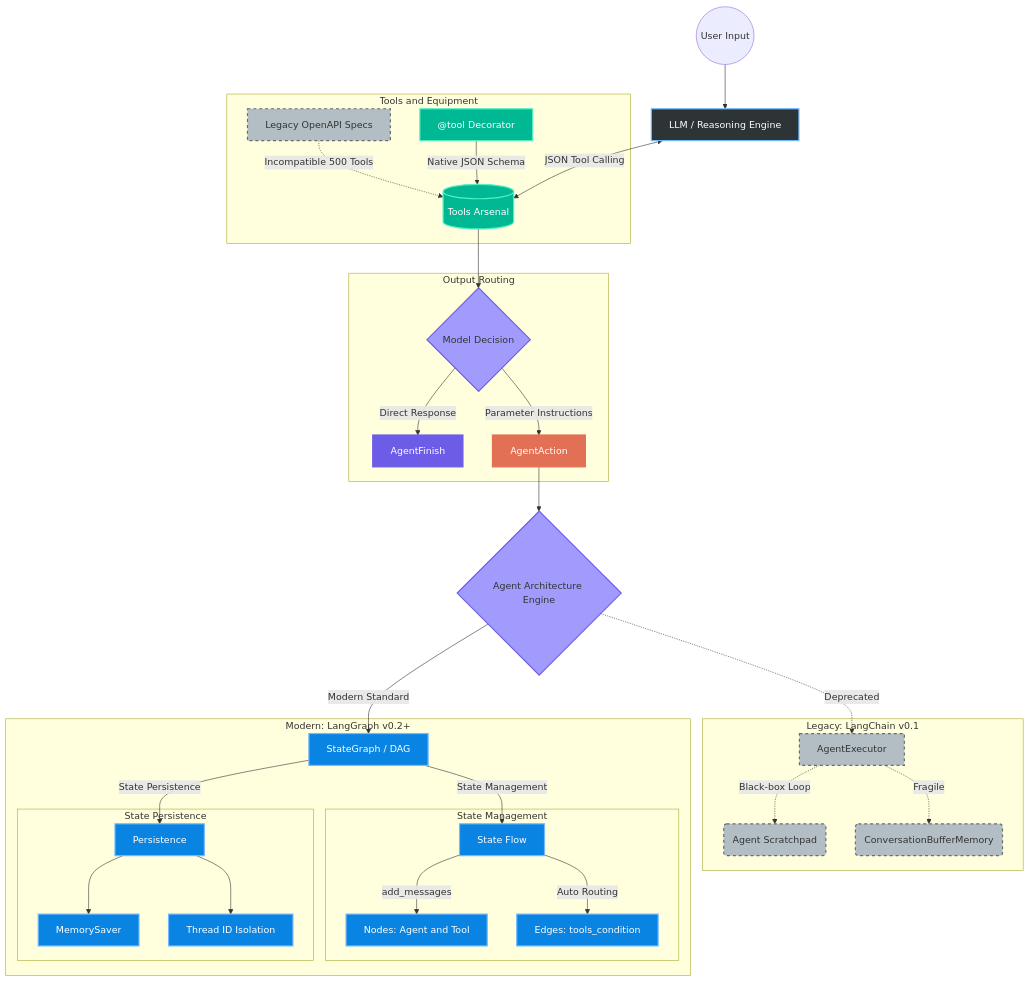
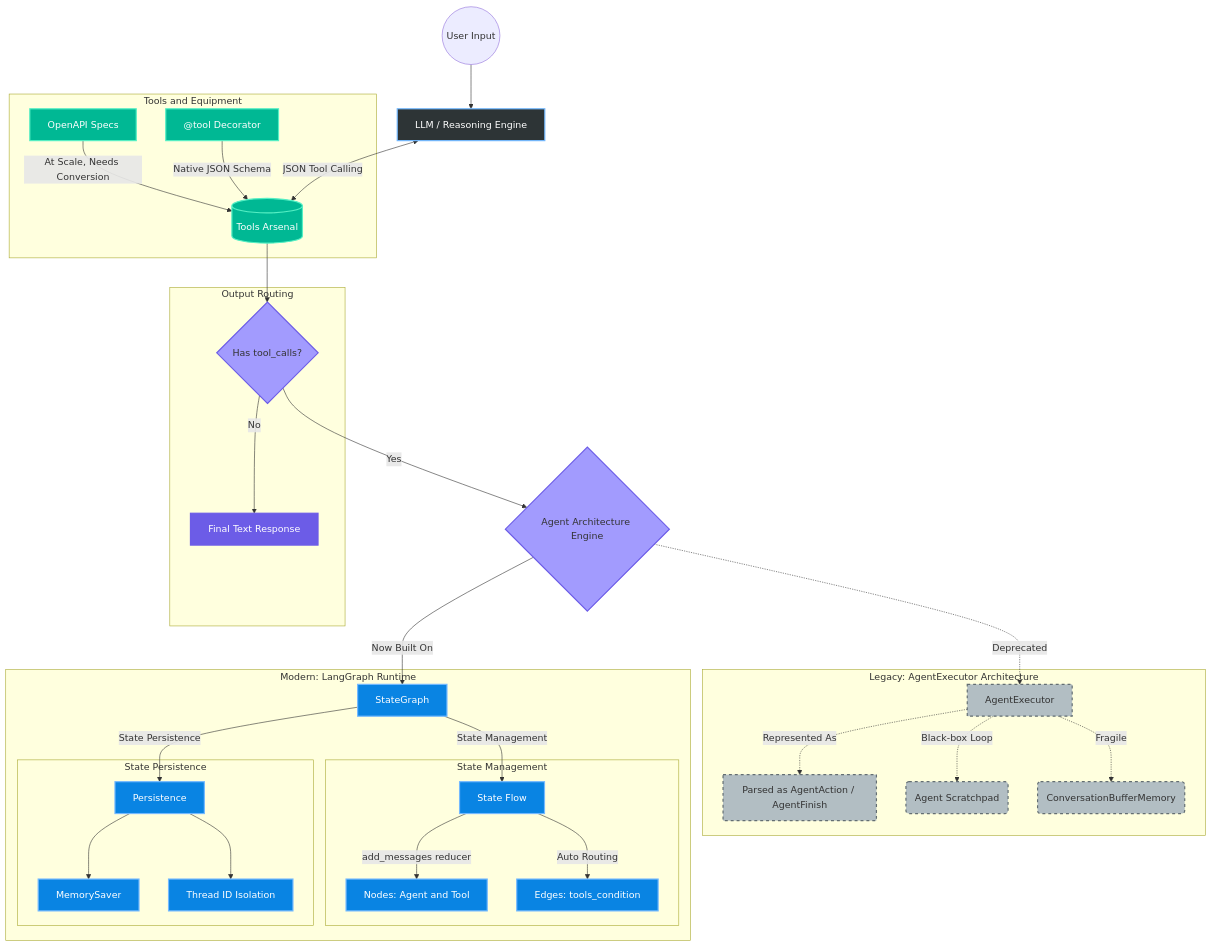
The diagram in src/content/blog/notes/functions-tools-agents-langchain.md (momoAlison/momoalison.github.io), drawn with Mermaid before and after one commit. The commit also changed other lines of this file, not shown here.

First line of the commit message:
fix: correct and tighten LangChain course-notes post

````diff
--- a/src/content/blog/notes/functions-tools-agents-langchain.md
+++ b/src/content/blog/notes/functions-tools-agents-langchain.md
@@ -27,7 +27,6 @@
     classDef legacy fill:#b2bec3,stroke:#636e72,stroke-width:2px,stroke-dasharray: 5 5;
     classDef tool fill:#00b894,stroke:#55efc4,stroke-width:2px,color:#fff;
     classDef Finish fill:#6c5ce7,stroke:#6c5ce7,stroke-width:2px,color:#fff;
-    classDef Action fill:#e17055,stroke:#e17055,stroke-width:2px,color:#fff;
     classDef diamond fill:#a29bfe,stroke:#6c5ce7,stroke-width:2px;
 
     %% ==========================================
@@ -38,33 +37,33 @@
 
     subgraph sg1 [Tools and Equipment]
         Tools[(Tools Arsenal)]
-        OldAPI[Legacy OpenAPI Specs]
+        OldAPI[OpenAPI Specs]
         NewTool["@tool Decorator"]
     end
 
     subgraph sg2 [Output Routing]
-        Router{Model Decision}
-        FinishFinish[AgentFinish]
-        ActionAction[AgentAction]
+        Router{Has tool_calls?}
+        FinalAnswer[Final Text Response]
     end
 
     AgentArch{Agent Architecture Engine}
 
-    subgraph sg3 [Legacy: LangChain v0.1]
+    subgraph sg3 [Legacy: AgentExecutor Architecture]
         Executor[AgentExecutor]
+        ActionFinish["Parsed as AgentAction / AgentFinish"]
         Scratchpad(Agent Scratchpad)
         ConvMem(ConversationBufferMemory)
     end
 
-    subgraph sg4 [Modern: LangGraph v0.2+]
-        Graph[StateGraph / DAG]
-        
+    subgraph sg4 [Modern: LangGraph Runtime]
+        Graph[StateGraph]
+
         subgraph sg4a [State Management]
             StateNode[State Flow]
             NodesNode[Nodes: Agent and Tool]
             EdgesNode[Edges: tools_condition]
         end
-        
+
         subgraph sg4b [State Persistence]
             PersistenceNode[Persistence]
             MemorySaverNode[MemorySaver]
@@ -76,30 +75,29 @@
     %% Safe Links
     %% ==========================================
     Start --> LLM
-    
-    OldAPI -.->|Incompatible 500 Tools| Tools
+
+    OldAPI -->|At Scale, Needs Conversion| Tools
     NewTool -->|Native JSON Schema| Tools
-    
+
     LLM <-->|JSON Tool Calling| Tools
-    
+
     Tools --> Router
-    Router -->|Direct Response| FinishFinish
-    Router -->|Parameter Instructions| ActionAction
-    
-    ActionAction --> AgentArch
-    
+    Router -->|No| FinalAnswer
+    Router -->|Yes| AgentArch
+
     AgentArch -.->|Deprecated| Executor
+    Executor -.->|Represented As| ActionFinish
     Executor -.->|Black-box Loop| Scratchpad
     Executor -.->|Fragile| ConvMem
-    
-    AgentArch -->|Modern Standard| Graph
-    
+
+    AgentArch -->|Now Built On| Graph
+
     Graph -->|State Management| StateNode
     Graph -->|State Persistence| PersistenceNode
-    
-    StateNode -->|add_messages| NodesNode
+
+    StateNode -->|add_messages reducer| NodesNode
     StateNode -->|Auto Routing| EdgesNode
-    
+
     PersistenceNode --> MemorySaverNode
     PersistenceNode --> ThreadNode
 
@@ -107,11 +105,9 @@
     %% Apply Styles
     %% ==========================================
     class LLM core;
-    class Tools,NewTool tool;
-    class OldAPI legacy;
+    class Tools,NewTool,OldAPI tool;
     class Router,AgentArch diamond;
-    class Executor,Scratchpad,ConvMem legacy;
+    class Executor,Scratchpad,ConvMem,ActionFinish legacy;
     class Graph,StateNode,PersistenceNode,NodesNode,EdgesNode,MemorySaverNode,ThreadNode modern;
-    class FinishFinish Finish;
-    class ActionAction Action;
+    class FinalAnswer Finish;
 ```
````
